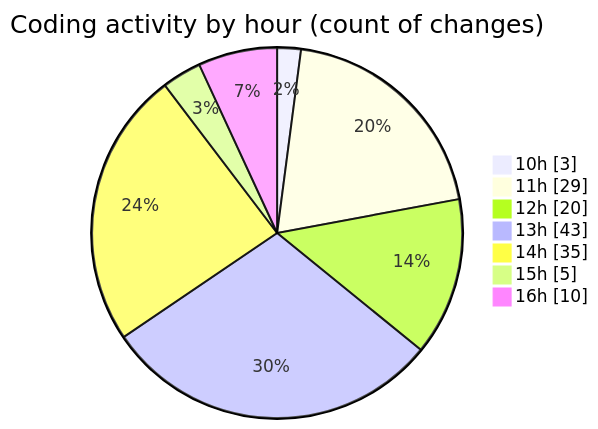
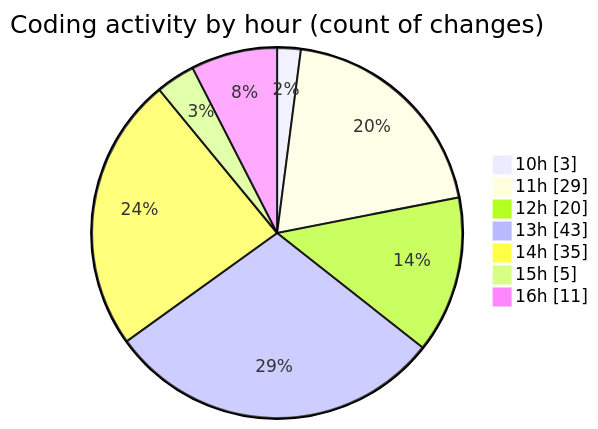
Before and after one commit to EIIisD/code-tracking: the second of 2 diagrams in 2025-08-14/ribbon/README.md, drawn with Mermaid. The commit also changed other lines of this file and 1 other file, not shown here.

````diff
--- a/2025-08-14/ribbon/README.md
+++ b/2025-08-14/ribbon/README.md
@@ -40,11 +40,11 @@
 ```mermaid
 pie showData
 title Coding activity by hour (count of changes)
 "10h" : 3
 "11h" : 29
 "12h" : 20
 "13h" : 43
 "14h" : 35
 "15h" : 5
-"16h" : 10
+"16h" : 11
 ```
````
